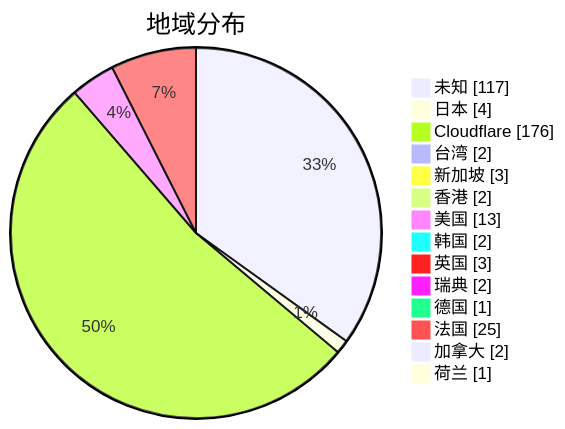
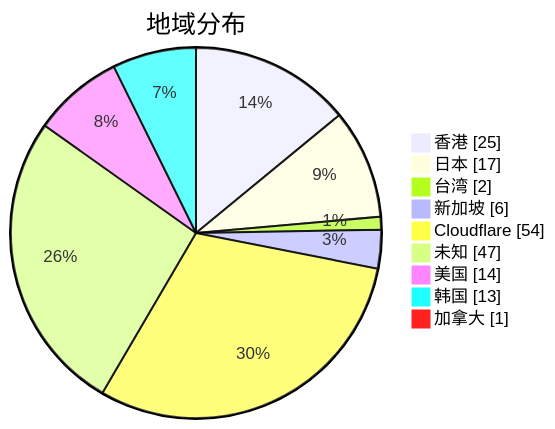
The second of 3 diagrams in subs/statistics/tested_within.md (qjlxg/airport), drawn with Mermaid before and after one commit. The commit also changed other lines of this file and 2 other files, not shown here.

````diff
--- a/subs/statistics/tested_within.md
+++ b/subs/statistics/tested_within.md
@@ -14,18 +12,13 @@
 ```mermaid
 pie showData
 title 地域分布
-"未知" : 117
-"日本" : 4
-"Cloudflare" : 176
+"香港" : 25
+"日本" : 17
 "台湾" : 2
-"新加坡" : 3
-"香港" : 2
-"美国" : 13
-"韩国" : 2
-"英国" : 3
-"瑞典" : 2
-"德国" : 1
-"法国" : 25
-"加拿大" : 2
-"荷兰" : 1
+"新加坡" : 6
+"Cloudflare" : 54
+"未知" : 47
+"美国" : 14
+"韩国" : 13
+"加拿大" : 1
 ```
````
